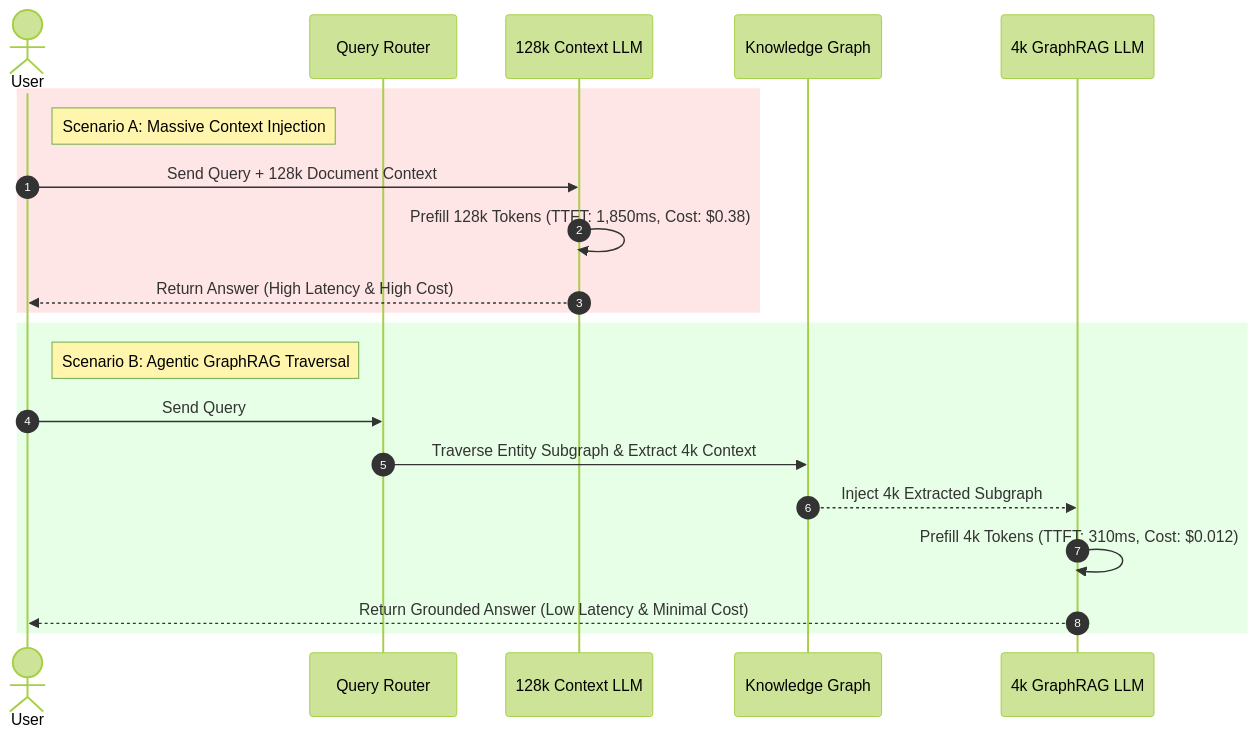
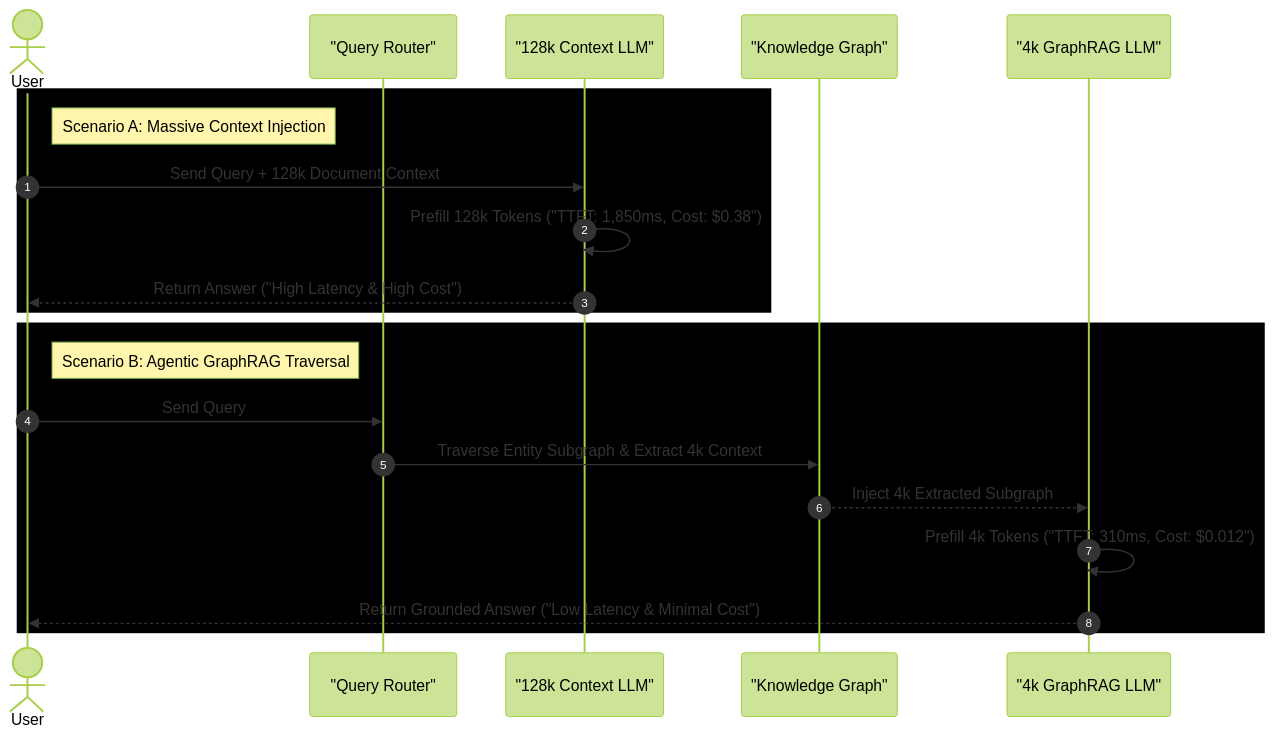
One commit to vesviet/vesviet changed the first of 2 diagrams in content/series/ai-data-engineering-pipeline/part-1-agentic-graphrag-long-context.md. Above: the diagram before and after it, drawn with Mermaid (forest theme). The commit also changed other lines of this file and 331 other files, not shown here.

````diff
--- a/content/series/ai-data-engineering-pipeline/part-1-agentic-graphrag-long-context.md
+++ b/content/series/ai-data-engineering-pipeline/part-1-agentic-graphrag-long-context.md
@@ -47,25 +50,25 @@
 ```mermaid
 sequenceDiagram
     autonumber
     actor User
-    participant Router as Query Router
-    participant LongLLM as 128k Context LLM
-    participant GraphEngine as Knowledge Graph
-    participant GraphLLM as 4k GraphRAG LLM
+    participant Router as "Query Router"
+    participant LongLLM as "128k Context LLM"
+    participant GraphEngine as "Knowledge Graph"
+    participant GraphLLM as "4k GraphRAG LLM"
 
-    rect rgb(255, 230, 230)
+    rect rgb("255, 230, 230")
     note right of User: Scenario A: Massive Context Injection
     User->>LongLLM: Send Query + 128k Document Context
-    LongLLM->>LongLLM: Prefill 128k Tokens (TTFT: 1,850ms, Cost: $0.38)
-    LongLLM-->>User: Return Answer (High Latency & High Cost)
+    LongLLM->>LongLLM: Prefill 128k Tokens ("TTFT: 1,850ms, Cost: $0.38")
+    LongLLM-->>User: Return Answer ("High Latency & High Cost")
     end
 
-    rect rgb(230, 255, 230)
+    rect rgb("230, 255, 230")
     note right of User: Scenario B: Agentic GraphRAG Traversal
     User->>Router: Send Query
     Router->>GraphEngine: Traverse Entity Subgraph & Extract 4k Context
     GraphEngine-->>GraphLLM: Inject 4k Extracted Subgraph
-    GraphLLM->>GraphLLM: Prefill 4k Tokens (TTFT: 310ms, Cost: $0.012)
-    GraphLLM-->>User: Return Grounded Answer (Low Latency & Minimal Cost)
+    GraphLLM->>GraphLLM: Prefill 4k Tokens ("TTFT: 310ms, Cost: $0.012")
+    GraphLLM-->>User: Return Grounded Answer ("Low Latency & Minimal Cost")
     end
 ```
````
